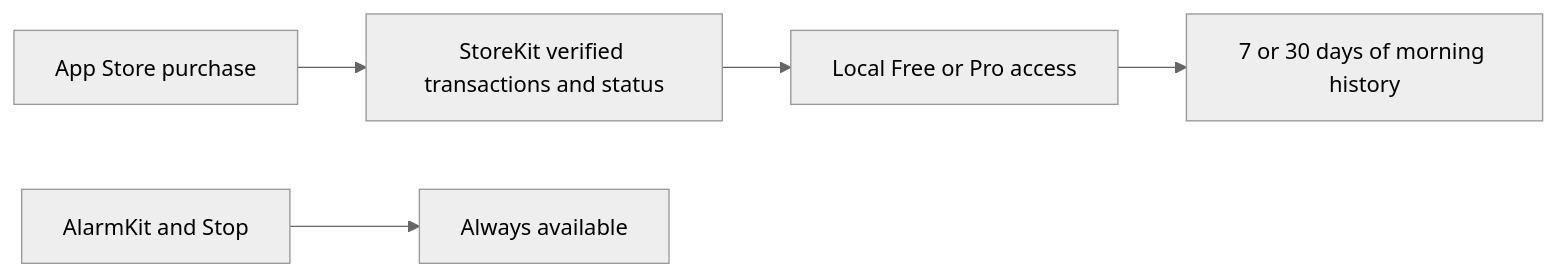
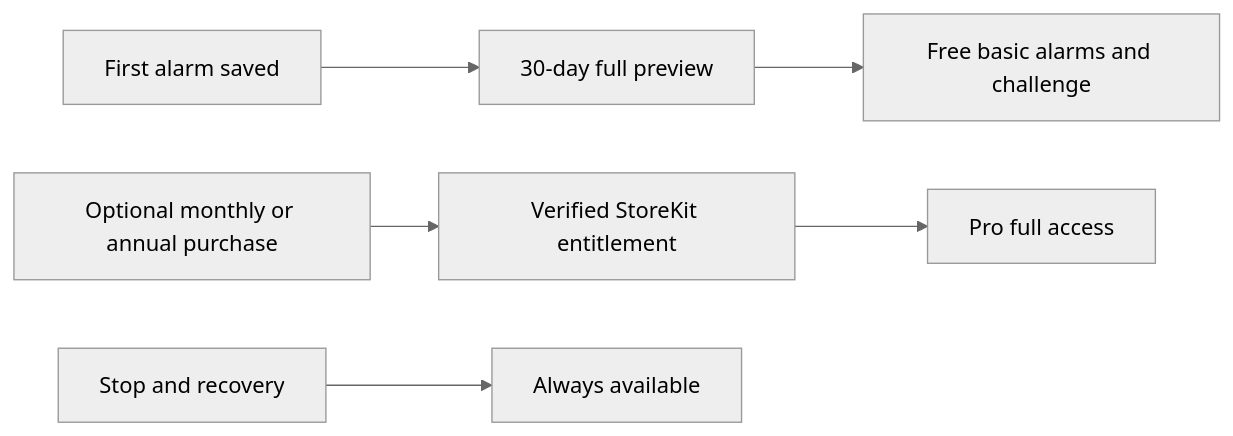
Before and after one commit to thanhdanh/HiMorning: the diagram in docs/SUBSCRIPTIONS.md, drawn with Mermaid (neutral theme). The commit also changed other lines of this file and 13 other files, not shown here.

````diff
--- a/docs/SUBSCRIPTIONS.md
+++ b/docs/SUBSCRIPTIONS.md
@@ -45,7 +55,8 @@
 ```mermaid
 flowchart LR
-  A[App Store purchase] --> B[StoreKit verified transactions and status]
-  B --> C[Local Free or Pro access]
-  C --> D[7 or 30 days of morning history]
-  E[AlarmKit and Stop] --> F[Always available]
+  A[First alarm saved] --> B[30-day full preview]
+  B --> C[Free basic alarms and challenge]
+  D[Optional monthly or annual purchase] --> E[Verified StoreKit entitlement]
+  E --> F[Pro full access]
+  G[Stop and recovery] --> H[Always available]
 ```
````
